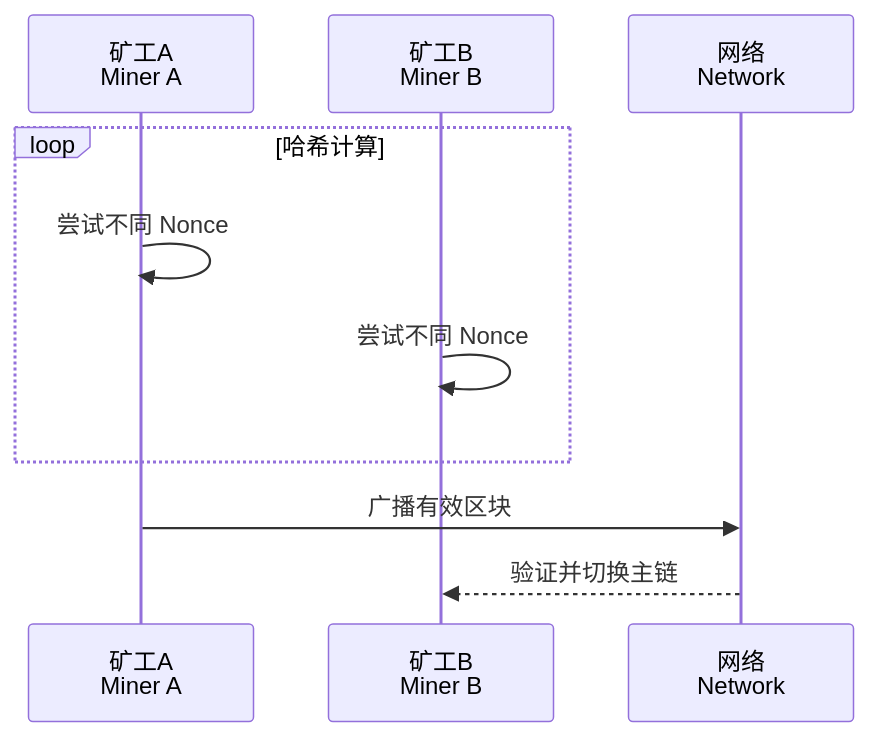
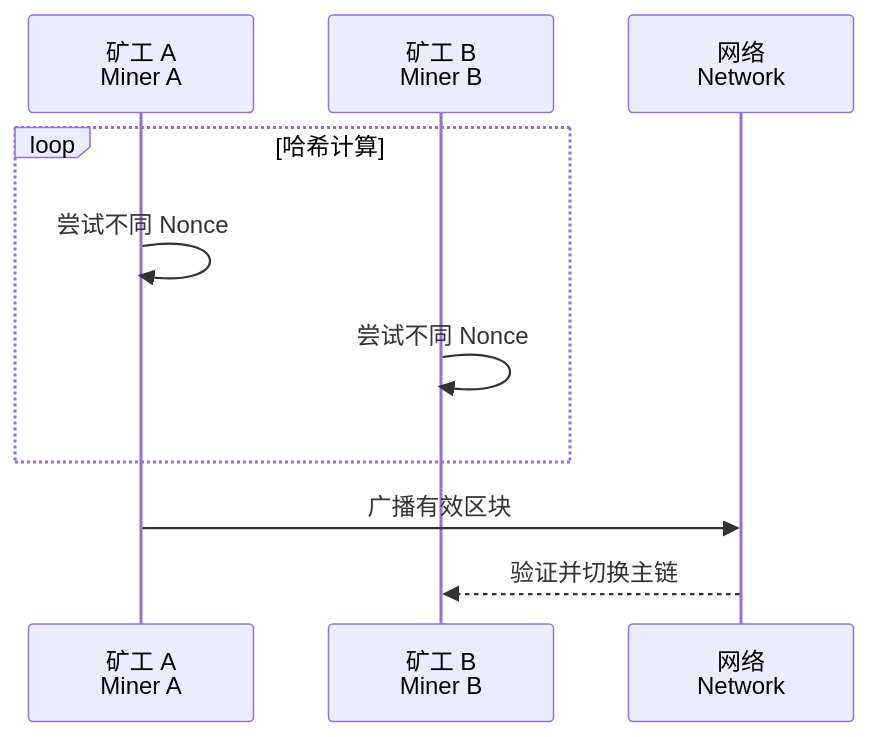
One commit to Tianshang301/TianshangKnowledgeBase changed the second of 7 diagrams in 05_ComputerScience/Blockchain/BlockchainConsensus.md. Above: the diagram before and after it, drawn with Mermaid. The commit also changed other lines of this file and 2257 other files, not shown here.

````diff
--- a/05_ComputerScience/Blockchain/BlockchainConsensus.md
+++ b/05_ComputerScience/Blockchain/BlockchainConsensus.md
@@ -63,12 +65,12 @@
 ```mermaid
 sequenceDiagram
-    participant M1 as 矿工A<br/>Miner A
-    participant M2 as 矿工B<br/>Miner B
+    participant M1 as 矿工 A<br/>Miner A
+    participant M2 as 矿工 B<br/>Miner B
     participant N as 网络<br/>Network
     loop 哈希计算
         M1->>M1: 尝试不同 Nonce
         M2->>M2: 尝试不同 Nonce
     end
     M1->>N: 广播有效区块
     N-->>M2: 验证并切换主链
 ```
````
